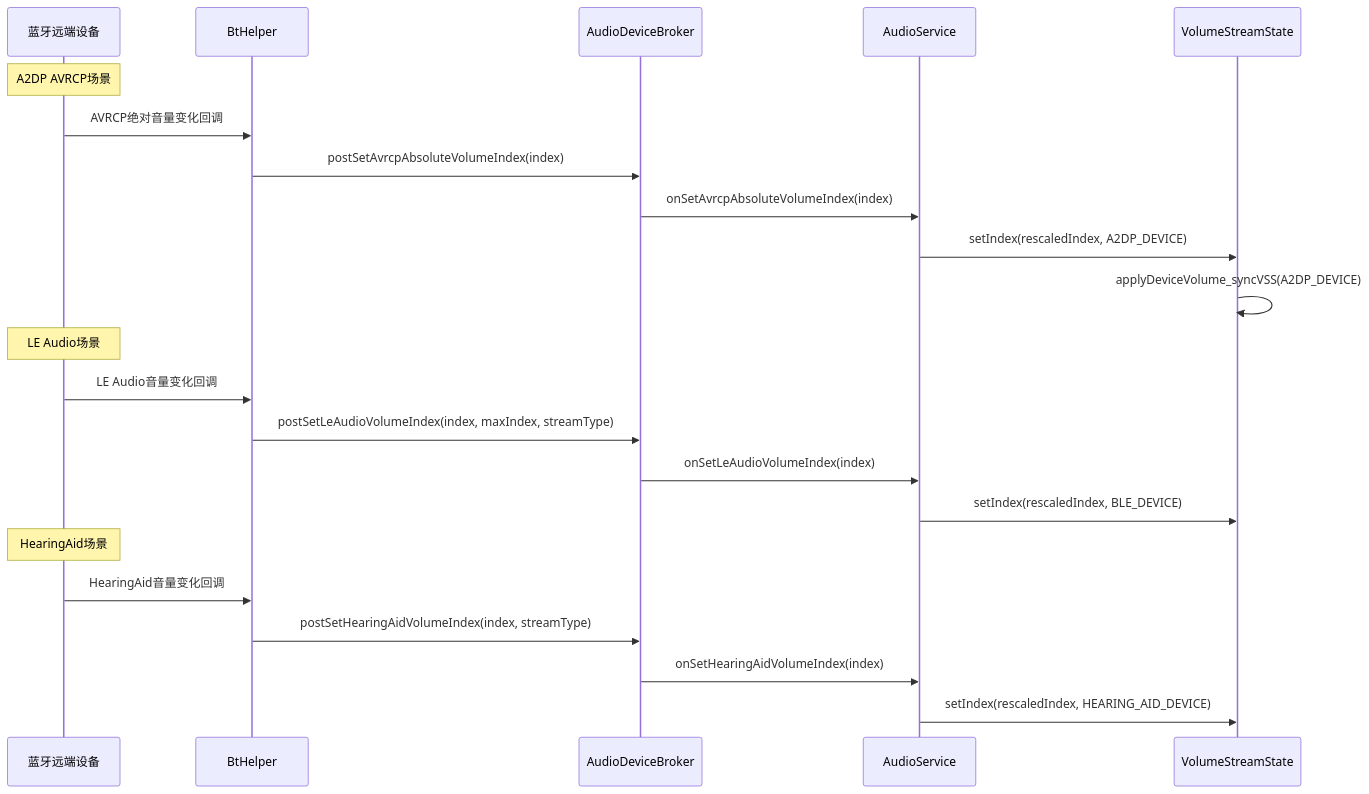
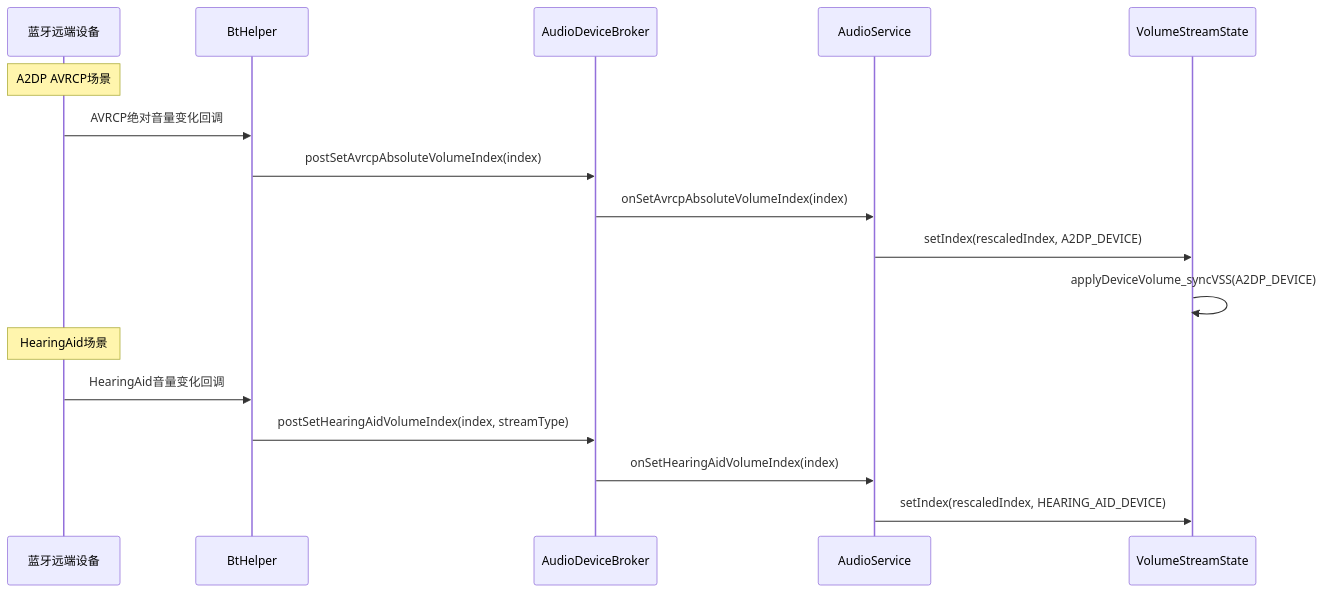
One commit to yanglinzhen1022/SA8295_AAOS_QNX_Audio_KnowledgeBase changed the sixth of 8 diagrams in 13_Volume_Device_Deep_Dive/13_13.2_Device状态机.md. Above: the diagram before and after it, drawn with Mermaid. The commit also changed other lines of this file and 6 other files, not shown here.

````diff
--- a/13_Volume_Device_Deep_Dive/13_13.2_Device状态机.md
+++ b/13_Volume_Device_Deep_Dive/13_13.2_Device状态机.md
@@ -406,27 +420,21 @@
 ```mermaid
 sequenceDiagram
     participant REMOTE as 蓝牙远端设备
     participant BTH as BtHelper
     participant BROKER as AudioDeviceBroker
     participant AS as AudioService
     participant VSS as VolumeStreamState
     
     Note over REMOTE: A2DP AVRCP场景
     REMOTE->>BTH: AVRCP绝对音量变化回调
     BTH->>BROKER: postSetAvrcpAbsoluteVolumeIndex(index)
     BROKER->>AS: onSetAvrcpAbsoluteVolumeIndex(index)
     AS->>VSS: setIndex(rescaledIndex, A2DP_DEVICE)
     VSS->>VSS: applyDeviceVolume_syncVSS(A2DP_DEVICE)
     
-    Note over REMOTE: LE Audio场景
-    REMOTE->>BTH: LE Audio音量变化回调
-    BTH->>BROKER: postSetLeAudioVolumeIndex(index, maxIndex, streamType)
-    BROKER->>AS: onSetLeAudioVolumeIndex(index)
-    AS->>VSS: setIndex(rescaledIndex, BLE_DEVICE)
-    
     Note over REMOTE: HearingAid场景
     REMOTE->>BTH: HearingAid音量变化回调
     BTH->>BROKER: postSetHearingAidVolumeIndex(index, streamType)
     BROKER->>AS: onSetHearingAidVolumeIndex(index)
     AS->>VSS: setIndex(rescaledIndex, HEARING_AID_DEVICE)
 ```
````
